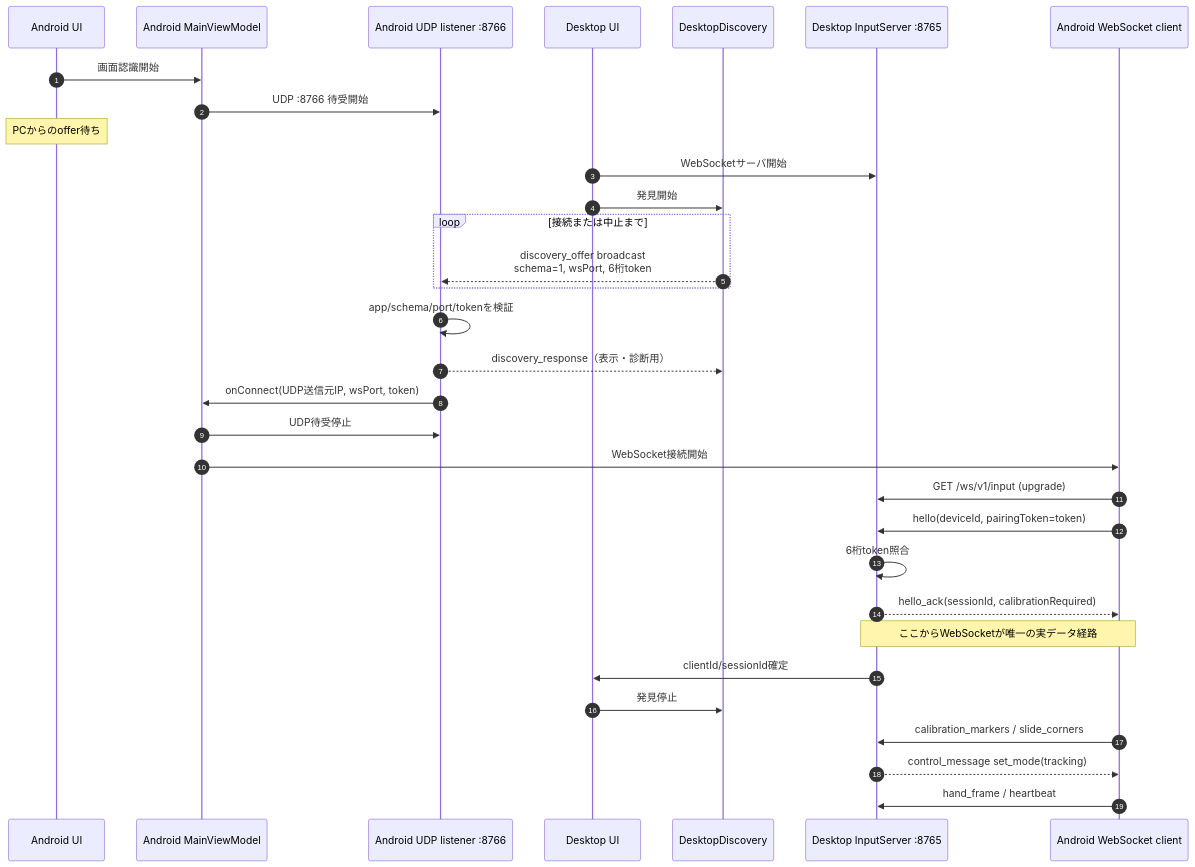
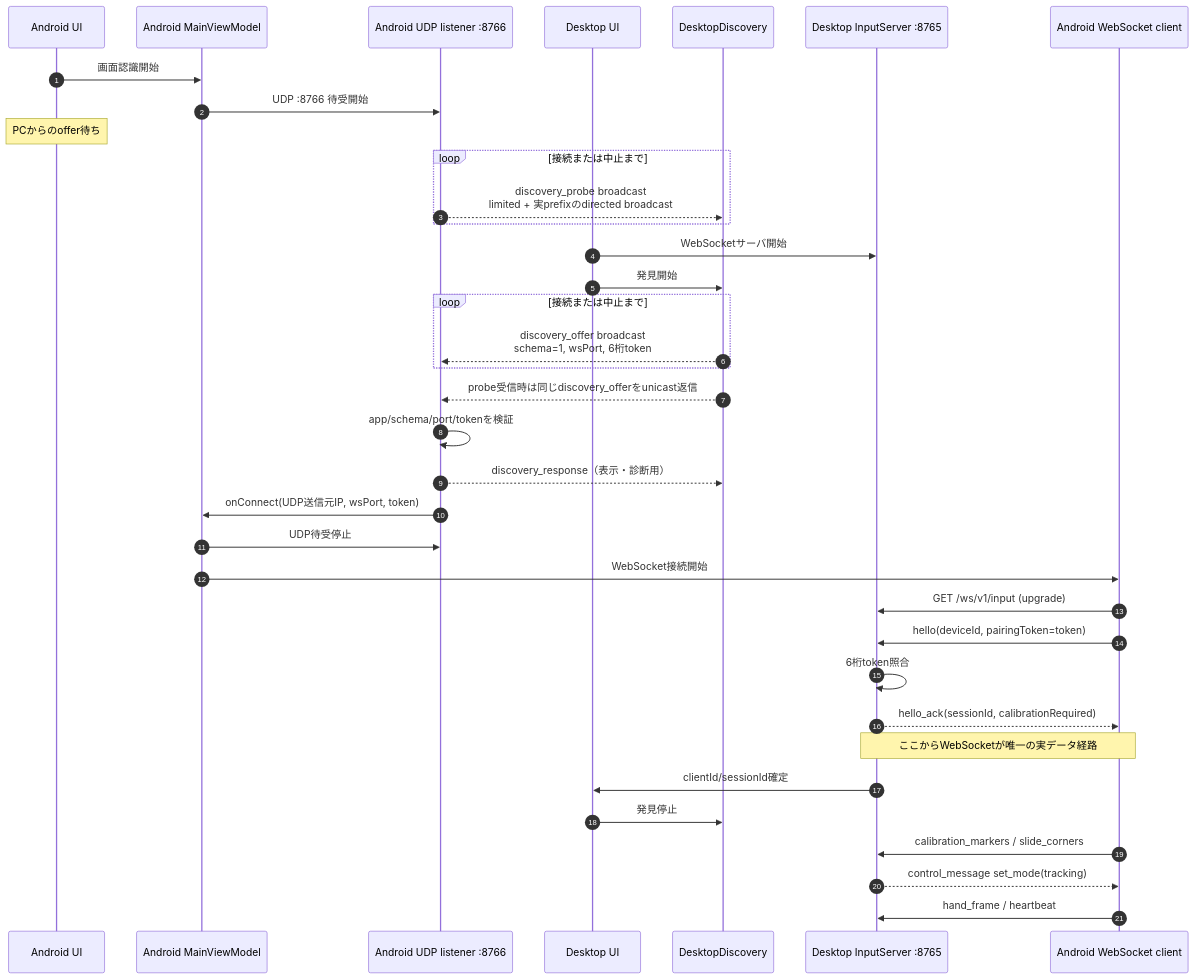
One commit to KIT-DevelopersHub/screact changed the diagram in docs/sequence-zero-config-pairing.md. Above: the diagram before and after it, drawn with Mermaid. The commit also changed other lines of this file and 10 other files, not shown here.

````diff
--- a/docs/sequence-zero-config-pairing.md
+++ b/docs/sequence-zero-config-pairing.md
@@ -35,39 +36,43 @@
 ```mermaid
 sequenceDiagram
     autonumber
     participant AU as Android UI
     participant AV as Android MainViewModel
     participant AL as Android UDP listener :8766
     participant DU as Desktop UI
     participant DD as DesktopDiscovery
     participant WS as Desktop InputServer :8765
     participant AC as Android WebSocket client
 
     AU->>AV: 画面認識開始
     AV->>AL: UDP :8766 待受開始
     Note over AU: PCからのoffer待ち
+    loop 接続または中止まで
+        AL-->>DD: discovery_probe broadcast<br/>limited + 実prefixのdirected broadcast
+    end
 
     DU->>WS: WebSocketサーバ開始
     DU->>DD: 発見開始
     loop 接続または中止まで
         DD-->>AL: discovery_offer broadcast<br/>schema=1, wsPort, 6桁token
     end
+    DD-->>AL: probe受信時は同じdiscovery_offerをunicast返信
 
     AL->>AL: app/schema/port/tokenを検証
     AL-->>DD: discovery_response（表示・診断用）
     AL->>AV: onConnect(UDP送信元IP, wsPort, token)
     AV->>AL: UDP待受停止
 
     AV->>AC: WebSocket接続開始
     AC->>WS: GET /ws/v1/input (upgrade)
     AC->>WS: hello(deviceId, pairingToken=token)
     WS->>WS: 6桁token照合
     WS-->>AC: hello_ack(sessionId, calibrationRequired)
     Note over AC,WS: ここからWebSocketが唯一の実データ経路
 
     WS->>DU: clientId/sessionId確定
     DU->>DD: 発見停止
     AC->>WS: calibration_markers / slide_corners
     WS-->>AC: control_message set_mode(tracking)
     AC->>WS: hand_frame / heartbeat
 ```
````
